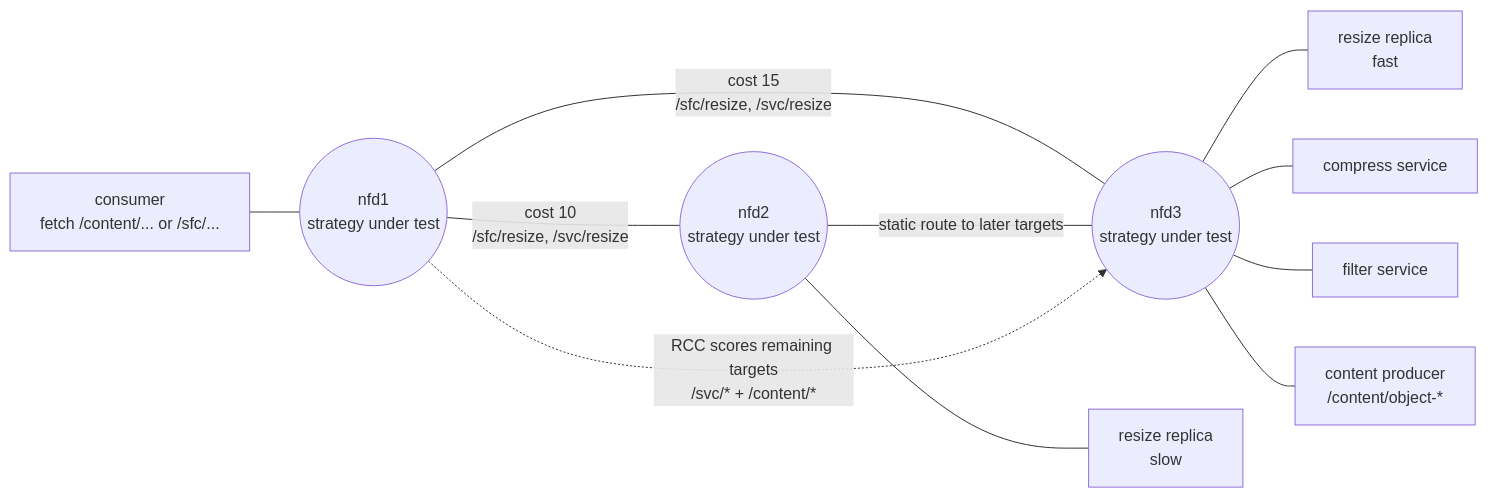
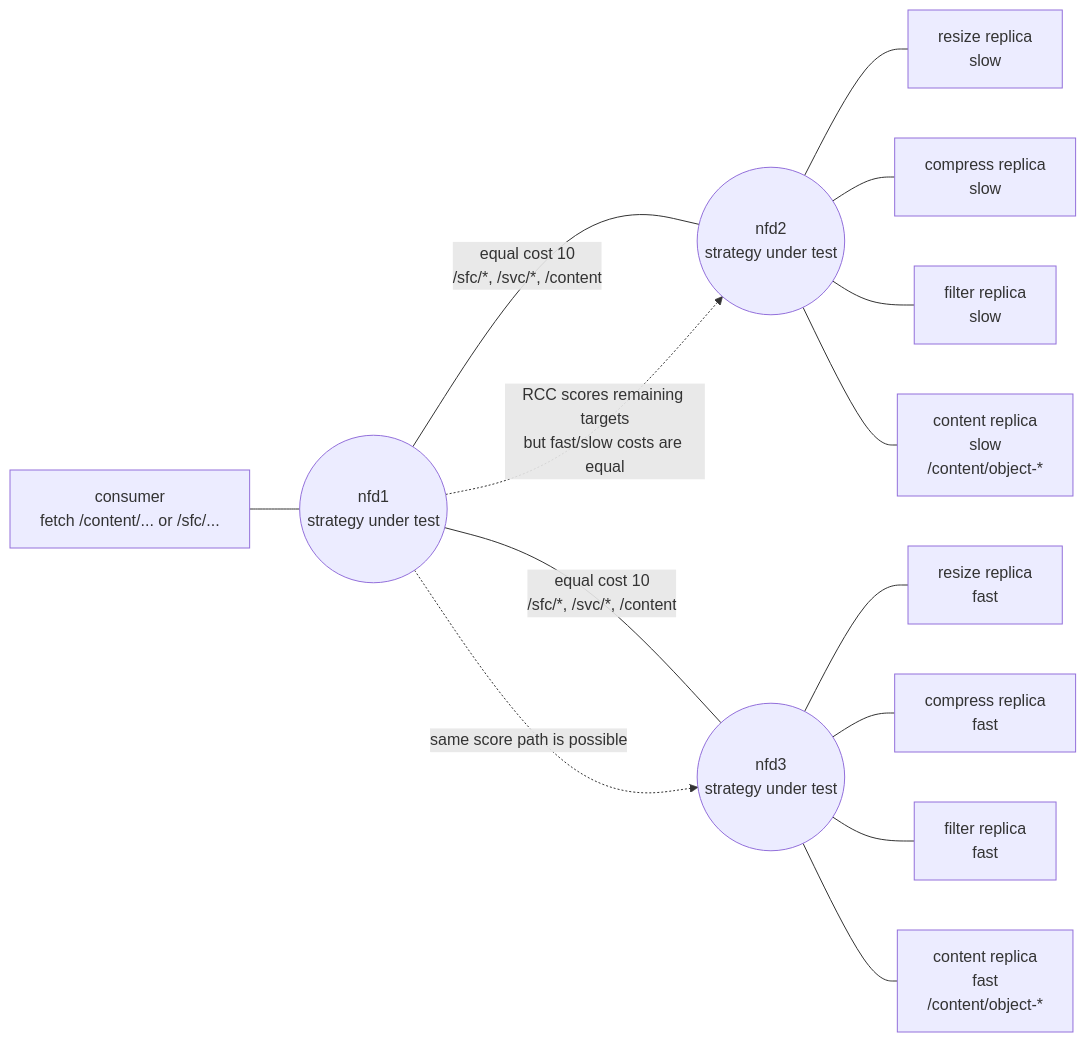
The second of 2 diagrams in README.md (hydrokhoos/ndn-sfc-docker), drawn with Mermaid before and after one commit. The commit also changed other lines of this file and 2 other files, not shown here.

Commit message:
比較デモの設定を更新し、NFDルートコストを均一化。新しいサービスの遅延を追加し、コンテナ名を変更。

````diff
--- a/README.md
+++ b/README.md
@@ -236,16 +236,19 @@
 ```mermaid
 flowchart LR
   consumer["consumer\nfetch /content/... or /sfc/..."] --- nfd1(("nfd1\nstrategy under test"))
 
-  nfd1 ---|"cost 10\n/sfc/resize, /svc/resize"| nfd2(("nfd2\nstrategy under test"))
-  nfd1 ---|"cost 15\n/sfc/resize, /svc/resize"| nfd3(("nfd3\nstrategy under test"))
-  nfd2 ---|"static route to later targets"| nfd3
+  nfd1 ---|"equal cost 10\n/sfc/*, /svc/*, /content"| nfd2(("nfd2\nstrategy under test"))
+  nfd1 ---|"equal cost 10\n/sfc/*, /svc/*, /content"| nfd3(("nfd3\nstrategy under test"))
+  nfd2 --- resizeSlow["resize replica\nslow"]
+  nfd2 --- compressSlow["compress replica\nslow"]
+  nfd2 --- filterSlow["filter replica\nslow"]
+  nfd2 --- contentSlow["content replica\nslow\n/content/object-*"]
 
-  nfd2 --- resizeSlow["resize replica\nslow"]
   nfd3 --- resizeFast["resize replica\nfast"]
-  nfd3 --- compress["compress service"]
-  nfd3 --- filter["filter service"]
-  nfd3 --- content["content producer\n/content/object-*"]
+  nfd3 --- compressFast["compress replica\nfast"]
+  nfd3 --- filterFast["filter replica\nfast"]
+  nfd3 --- contentFast["content replica\nfast\n/content/object-*"]
 
-  nfd1 -. "RCC scores remaining targets\n/svc/* + /content/*" .-> nfd3
+  nfd1 -. "RCC scores remaining targets\nbut fast/slow costs are equal" .-> nfd2
+  nfd1 -. "same score path is possible" .-> nfd3
 ```
````
